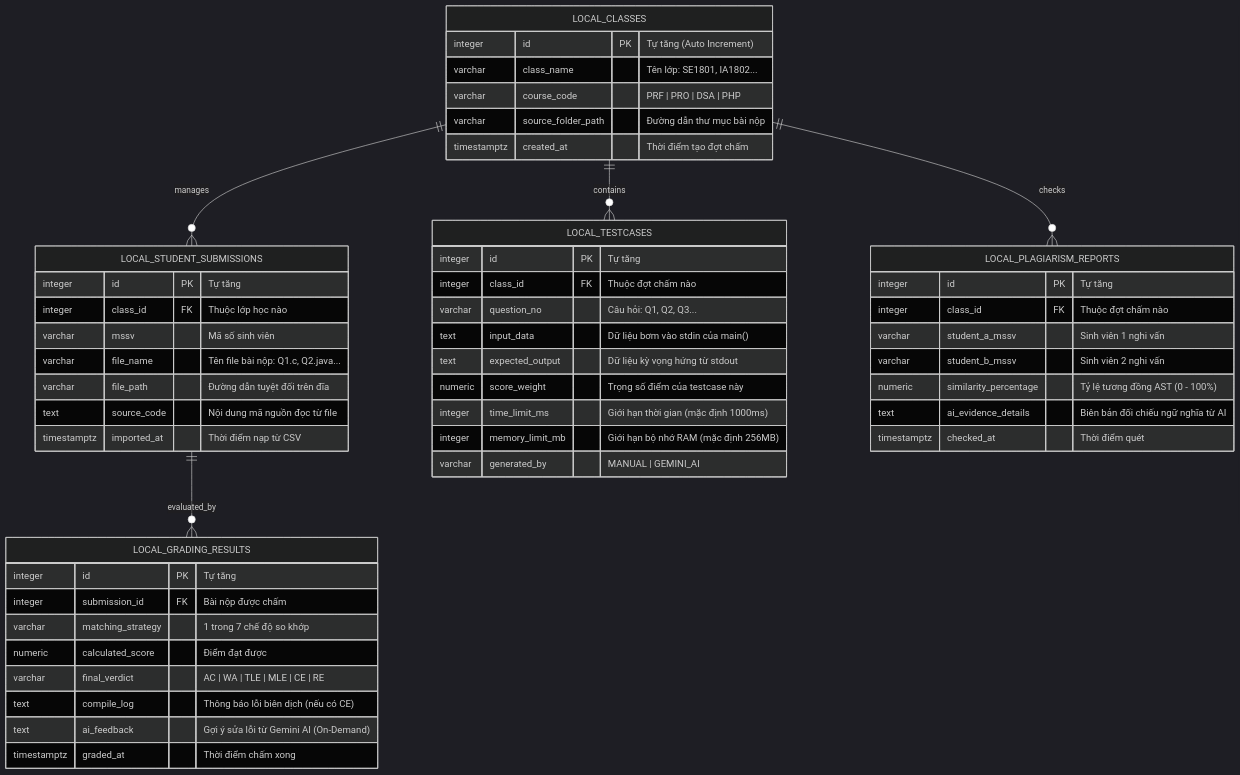
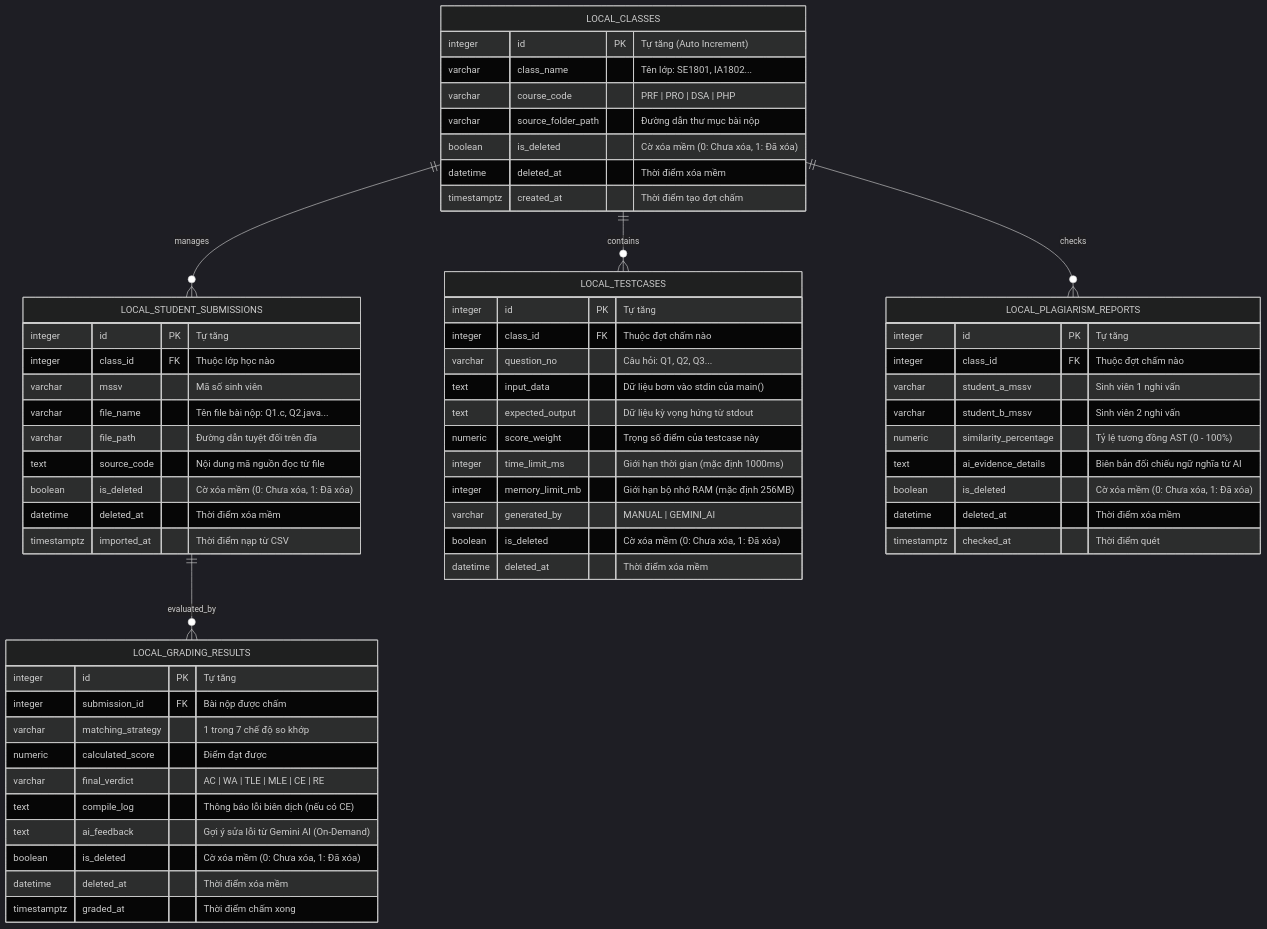
Before and after one commit to gray8493/iata_project: the second of 2 diagrams in docs/architecture/database_schema.md, drawn with Mermaid (dark theme). The commit also changed other lines of this file and 46 other files, not shown here.

````diff
--- a/docs/architecture/database_schema.md
+++ b/docs/architecture/database_schema.md
@@ -68,58 +65,68 @@
 ```mermaid
 erDiagram
     LOCAL_CLASSES ||--o{ LOCAL_STUDENT_SUBMISSIONS : "manages"
     LOCAL_CLASSES ||--o{ LOCAL_TESTCASES : "contains"
     LOCAL_STUDENT_SUBMISSIONS ||--o{ LOCAL_GRADING_RESULTS : "evaluated_by"
     LOCAL_CLASSES ||--o{ LOCAL_PLAGIARISM_REPORTS : "checks"
 
     LOCAL_CLASSES {
         integer id PK "Tự tăng (Auto Increment)"
         varchar class_name "Tên lớp: SE1801, IA1802..."
         varchar course_code "PRF | PRO | DSA | PHP"
         varchar source_folder_path "Đường dẫn thư mục bài nộp"
+        boolean is_deleted "Cờ xóa mềm (0: Chưa xóa, 1: Đã xóa)"
+        datetime deleted_at "Thời điểm xóa mềm"
         timestamptz created_at "Thời điểm tạo đợt chấm"
     }
 
     LOCAL_STUDENT_SUBMISSIONS {
         integer id PK "Tự tăng"
         integer class_id FK "Thuộc lớp học nào"
         varchar mssv "Mã số sinh viên"
         varchar file_name "Tên file bài nộp: Q1.c, Q2.java..."
         varchar file_path "Đường dẫn tuyệt đối trên đĩa"
         text source_code "Nội dung mã nguồn đọc từ file"
+        boolean is_deleted "Cờ xóa mềm (0: Chưa xóa, 1: Đã xóa)"
+        datetime deleted_at "Thời điểm xóa mềm"
         timestamptz imported_at "Thời điểm nạp từ CSV"
     }
 
     LOCAL_TESTCASES {
         integer id PK "Tự tăng"
         integer class_id FK "Thuộc đợt chấm nào"
         varchar question_no "Câu hỏi: Q1, Q2, Q3..."
         text input_data "Dữ liệu bơm vào stdin của main()"
         text expected_output "Dữ liệu kỳ vọng hứng từ stdout"
         numeric score_weight "Trọng số điểm của testcase này"
         integer time_limit_ms "Giới hạn thời gian (mặc định 1000ms)"
         integer memory_limit_mb "Giới hạn bộ nhớ RAM (mặc định 256MB)"
         varchar generated_by "MANUAL | GEMINI_AI"
+        boolean is_deleted "Cờ xóa mềm (0: Chưa xóa, 1: Đã xóa)"
+        datetime deleted_at "Thời điểm xóa mềm"
     }
 
     LOCAL_GRADING_RESULTS {
         integer id PK "Tự tăng"
         integer submission_id FK "Bài nộp được chấm"
         varchar matching_strategy "1 trong 7 chế độ so khớp"
         numeric calculated_score "Điểm đạt được"
         varchar final_verdict "AC | WA | TLE | MLE | CE | RE"
         text compile_log "Thông báo lỗi biên dịch (nếu có CE)"
         text ai_feedback "Gợi ý sửa lỗi từ Gemini AI (On-Demand)"
+        boolean is_deleted "Cờ xóa mềm (0: Chưa xóa, 1: Đã xóa)"
+        datetime deleted_at "Thời điểm xóa mềm"
         timestamptz graded_at "Thời điểm chấm xong"
     }
 
     LOCAL_PLAGIARISM_REPORTS {
         integer id PK "Tự tăng"
         integer class_id FK "Thuộc đợt chấm nào"
         varchar student_a_mssv "Sinh viên 1 nghi vấn"
         varchar student_b_mssv "Sinh viên 2 nghi vấn"
         numeric similarity_percentage "Tỷ lệ tương đồng AST (0 - 100%)"
         text ai_evidence_details "Biên bản đối chiếu ngữ nghĩa từ AI"
+        boolean is_deleted "Cờ xóa mềm (0: Chưa xóa, 1: Đã xóa)"
+        datetime deleted_at "Thời điểm xóa mềm"
         timestamptz checked_at "Thời điểm quét"
     }
 ```
````
